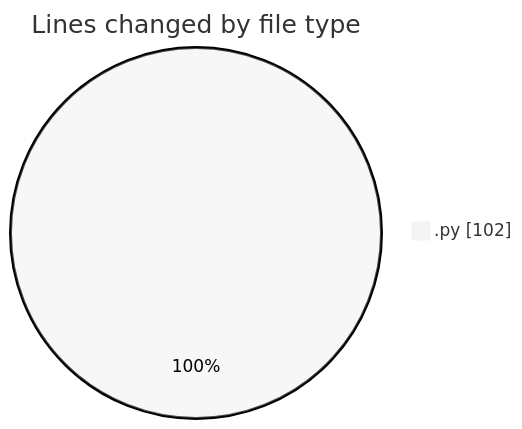
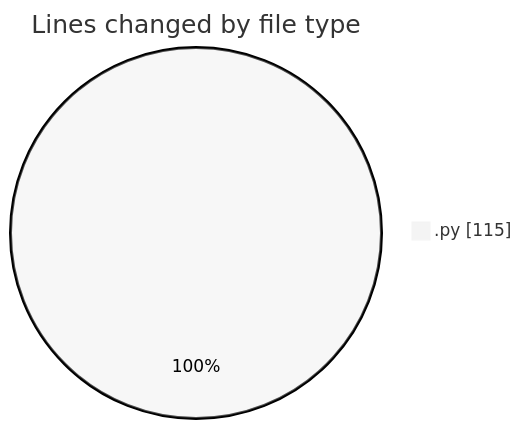
Before and after one commit to hasnaa123/code-tracking: the first of 2 diagrams in 2026-02-21/student_performance_system/README.md, drawn with Mermaid (neutral theme). The commit also changed other lines of this file and 1 other file, not shown here.

````diff
--- a/2026-02-21/student_performance_system/README.md
+++ b/2026-02-21/student_performance_system/README.md
@@ -20,5 +20,5 @@
 ```mermaid
 pie showData
 title Lines changed by file type
-".py" : 102
+".py" : 115
 ```
````
